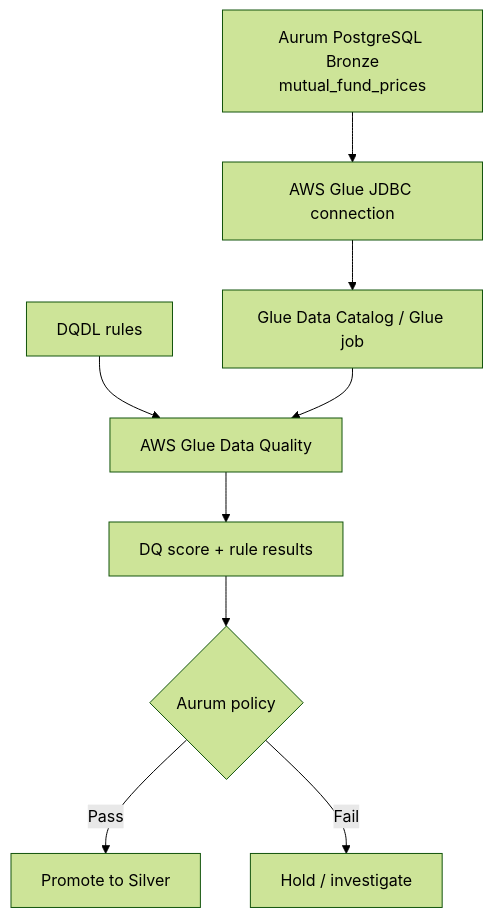
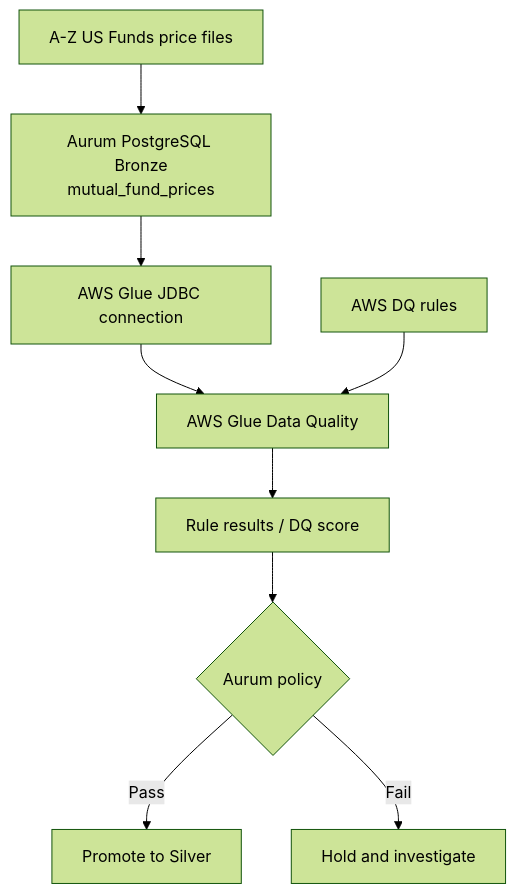
Before and after one commit to Prakharm927/aurum-data-quality-research: the second of 5 diagrams in docs/group2-tools.md, drawn with Mermaid (forest theme). The commit also changed other lines of this file, not shown here.

Commit message:
Simplify Group 2 DQ guide with Aurum US Funds examples

````diff
--- a/docs/group2-tools.md
+++ b/docs/group2-tools.md
@@ -97,11 +88,11 @@
-~~~mermaid
+```mermaid
 flowchart TD
-  pg["Aurum PostgreSQL Bronze\nmutual_fund_prices"] --> conn["AWS Glue JDBC connection"]
-  conn --> catalog["Glue Data Catalog / Glue job"]
-  dqdl["DQDL rules"] --> check["AWS Glue Data Quality"]
-  catalog --> check
-  check --> result["DQ score + rule results"]
+  files["A-Z US Funds price files"] --> bronze["Aurum PostgreSQL Bronze<br/>mutual_fund_prices"]
+  bronze --> jdbc["AWS Glue JDBC connection"]
+  jdbc --> glue["AWS Glue Data Quality"]
+  rules["AWS DQ rules"] --> glue
+  glue --> result["Rule results / DQ score"]
   result --> policy{"Aurum policy"}
   policy -->|"Pass"| silver["Promote to Silver"]
-  policy -->|"Fail"| hold["Hold / investigate"]
-~~~
+  policy -->|"Fail"| hold["Hold and investigate"]
+```
````
